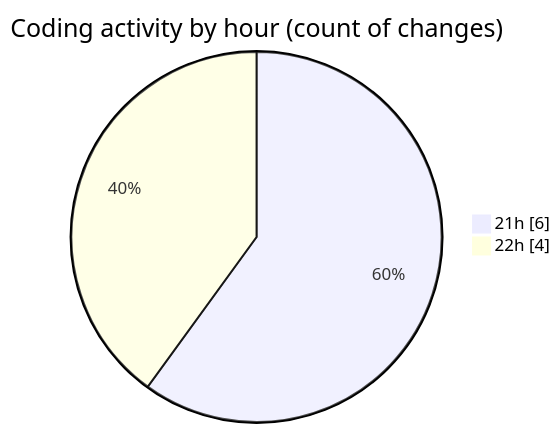
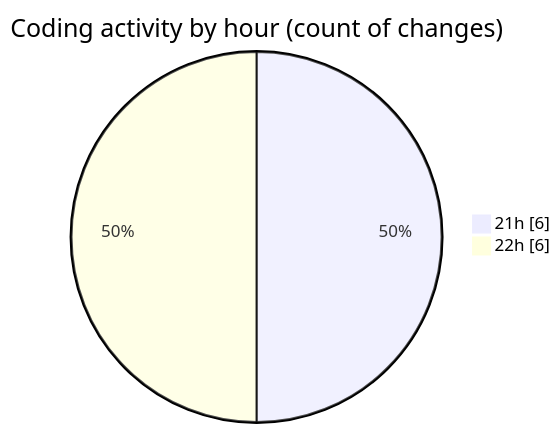
Before and after one commit to JenPaints/code-tracking: the second of 2 diagrams in 2025-07-24/cohera/README.md, drawn with Mermaid. The commit also changed other lines of this file and 1 other file, not shown here.

````diff
--- a/2025-07-24/cohera/README.md
+++ b/2025-07-24/cohera/README.md
@@ -32,6 +33,6 @@
 ```mermaid
 pie showData
 title Coding activity by hour (count of changes)
 "21h" : 6
-"22h" : 4
+"22h" : 6
 ```
````
